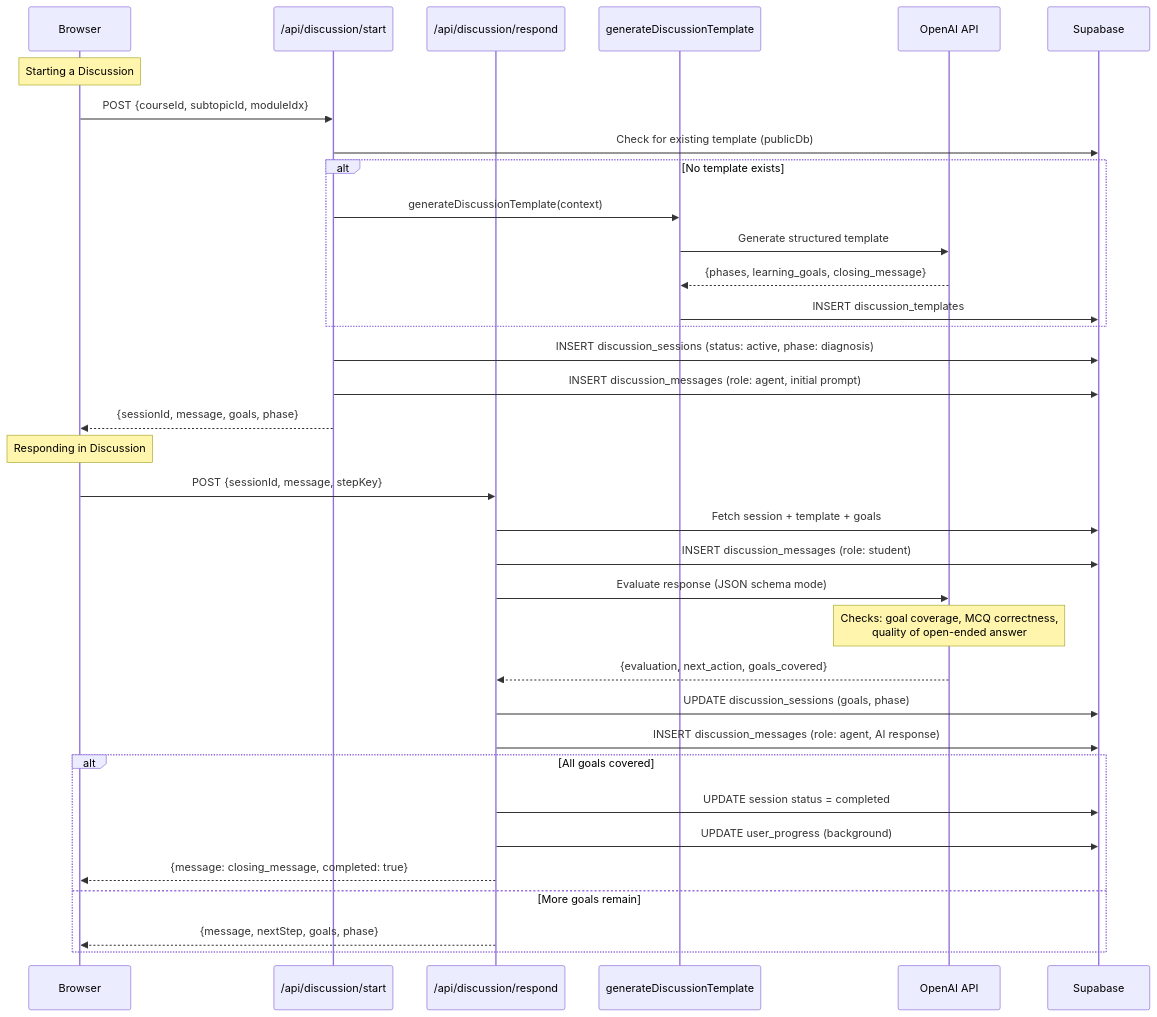
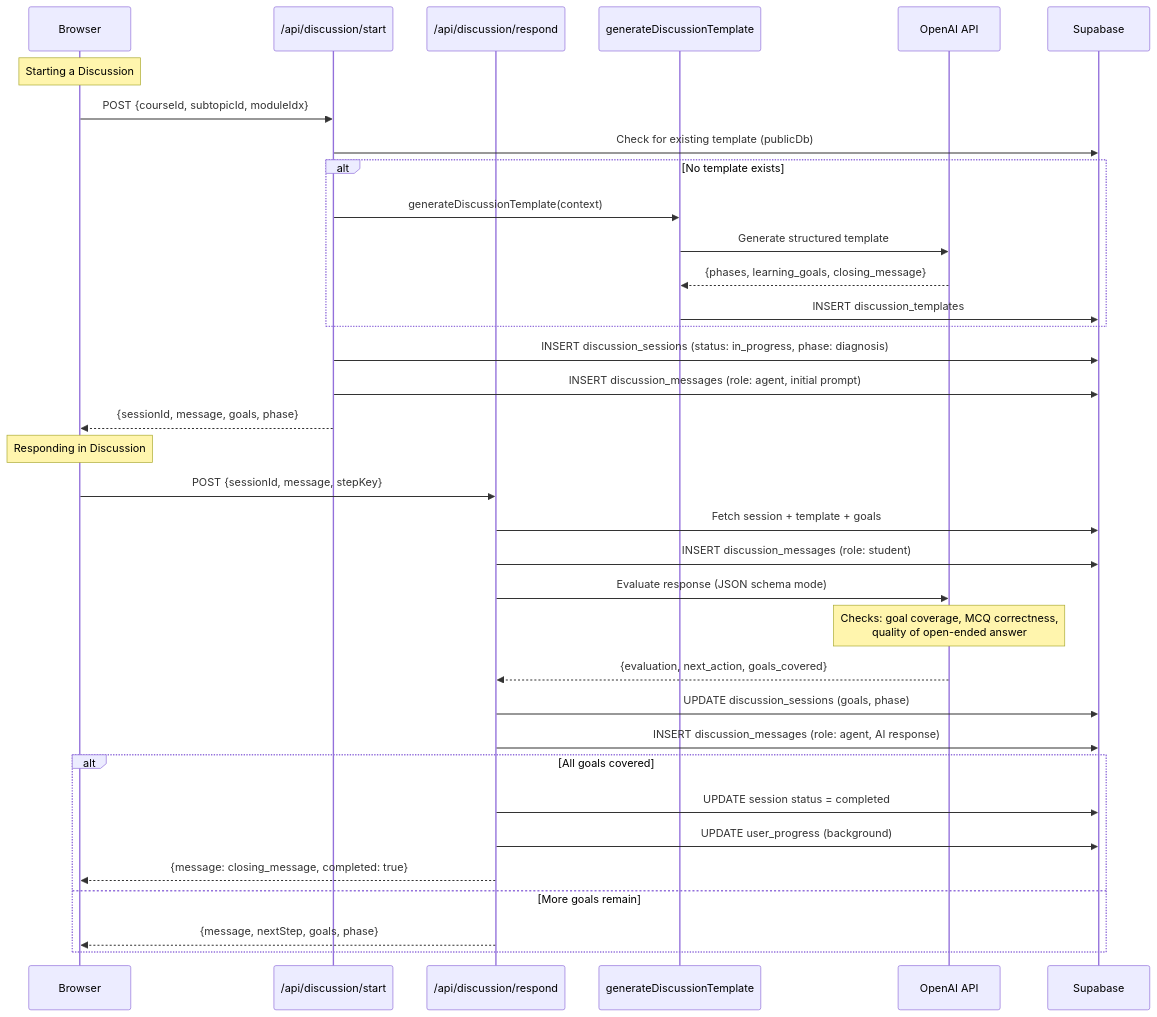
One commit to GlennAyden/PrincipleLearnV2 changed the sixth of 7 diagrams in docs/ARCHITECTURE.md. Above: the diagram before and after it, drawn with Mermaid. The commit also changed other lines of this file and 20 other files, not shown here.

Commit message:
fix: stabilize discussion flow and monitoring

````diff
--- a/docs/ARCHITECTURE.md
+++ b/docs/ARCHITECTURE.md
@@ -671,42 +671,42 @@
 ```mermaid
 sequenceDiagram
     participant B as Browser
     participant Start as /api/discussion/start
     participant Respond as /api/discussion/respond
     participant Gen as generateDiscussionTemplate
     participant OAI as OpenAI API
     participant DB as Supabase
 
     Note over B: Starting a Discussion
     B->>Start: POST {courseId, subtopicId, moduleIdx}
     Start->>DB: Check for existing template (publicDb)
     alt No template exists
         Start->>Gen: generateDiscussionTemplate(context)
         Gen->>OAI: Generate structured template
         OAI-->>Gen: {phases, learning_goals, closing_message}
         Gen->>DB: INSERT discussion_templates
     end
-    Start->>DB: INSERT discussion_sessions (status: active, phase: diagnosis)
+    Start->>DB: INSERT discussion_sessions (status: in_progress, phase: diagnosis)
     Start->>DB: INSERT discussion_messages (role: agent, initial prompt)
     Start-->>B: {sessionId, message, goals, phase}
 
     Note over B: Responding in Discussion
     B->>Respond: POST {sessionId, message, stepKey}
     Respond->>DB: Fetch session + template + goals
     Respond->>DB: INSERT discussion_messages (role: student)
 
     Respond->>OAI: Evaluate response (JSON schema mode)
     Note over OAI: Checks: goal coverage, MCQ correctness,<br/>quality of open-ended answer
     OAI-->>Respond: {evaluation, next_action, goals_covered}
 
     Respond->>DB: UPDATE discussion_sessions (goals, phase)
     Respond->>DB: INSERT discussion_messages (role: agent, AI response)
 
     alt All goals covered
         Respond->>DB: UPDATE session status = completed
         Respond->>DB: UPDATE user_progress (background)
         Respond-->>B: {message: closing_message, completed: true}
     else More goals remain
         Respond-->>B: {message, nextStep, goals, phase}
     end
 ```
````
